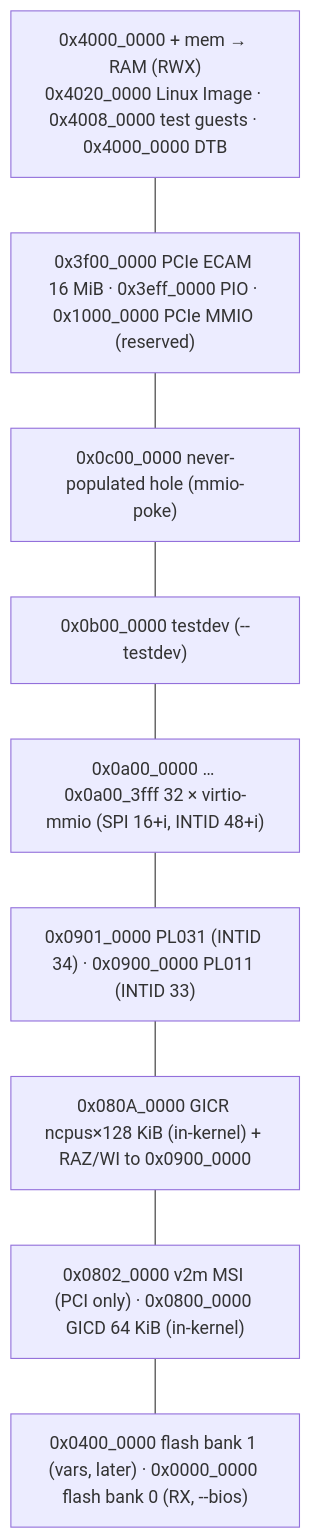
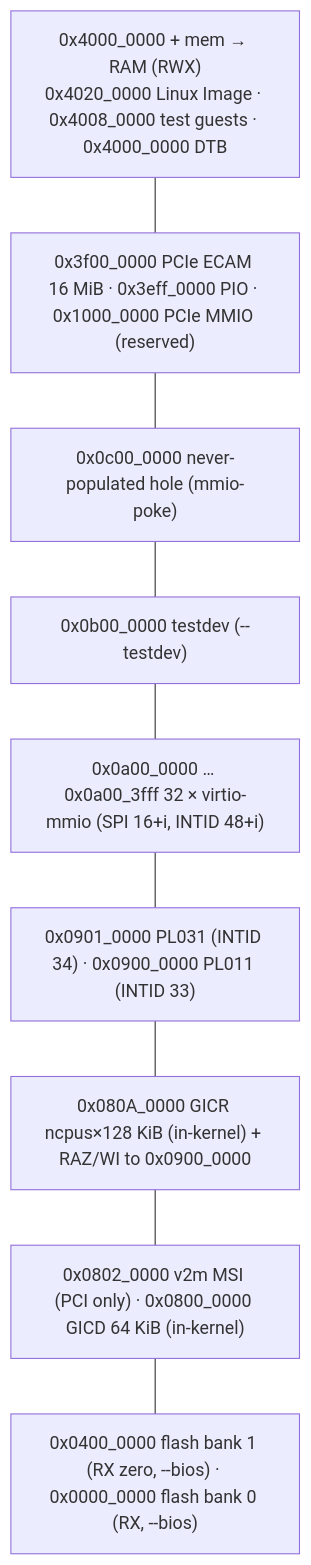
The second of 6 diagrams in docs/architecture.md (Indicogni/macvmm), drawn with Mermaid before and after one commit. The commit also changed other lines of this file and 379 other files, not shown here.

````diff
--- a/docs/architecture.md
+++ b/docs/architecture.md
@@ -380,13 +380,13 @@
 ```mermaid
 flowchart TB
   R["0x4000_0000 + mem → RAM (RWX)<br/>0x4020_0000 Linux Image · 0x4008_0000 test guests · 0x4000_0000 DTB"]
   E["0x3f00_0000 PCIe ECAM 16 MiB · 0x3eff_0000 PIO · 0x1000_0000 PCIe MMIO (reserved)"]
   H["0x0c00_0000 never-populated hole (mmio-poke)"]
   T["0x0b00_0000 testdev (--testdev)"]
   V["0x0a00_0000 … 0x0a00_3fff 32 × virtio-mmio (SPI 16+i, INTID 48+i)"]
   U["0x0901_0000 PL031 (INTID 34) · 0x0900_0000 PL011 (INTID 33)"]
   RD["0x080A_0000 GICR ncpus×128 KiB (in-kernel) + RAZ/WI to 0x0900_0000"]
   D["0x0802_0000 v2m MSI (PCI only) · 0x0800_0000 GICD 64 KiB (in-kernel)"]
-  F["0x0400_0000 flash bank 1 (vars, later) · 0x0000_0000 flash bank 0 (RX, --bios)"]
+  F["0x0400_0000 flash bank 1 (RX zero, --bios) · 0x0000_0000 flash bank 0 (RX, --bios)"]
   R --- E --- H --- T --- V --- U --- RD --- D --- F
 ```
````
